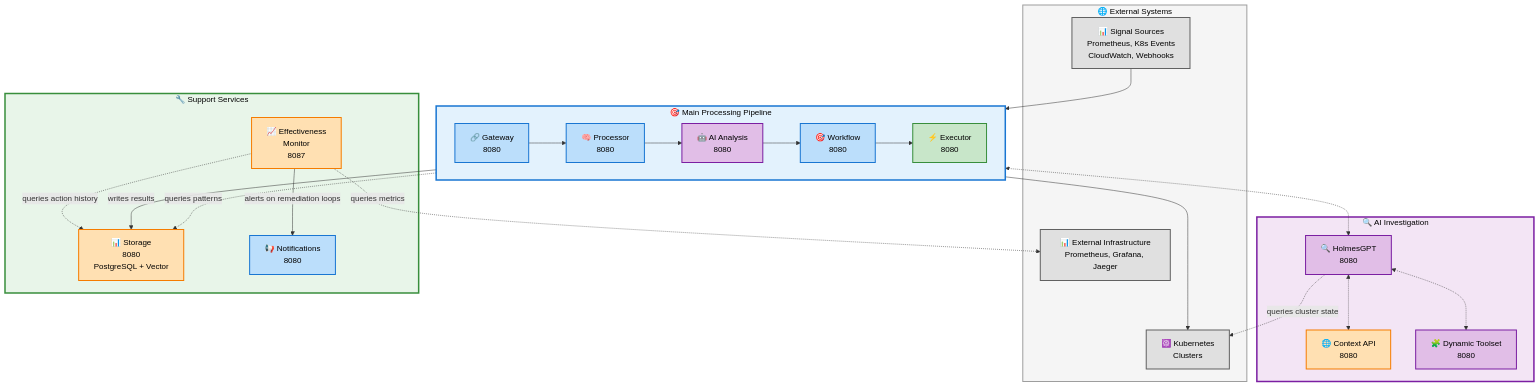
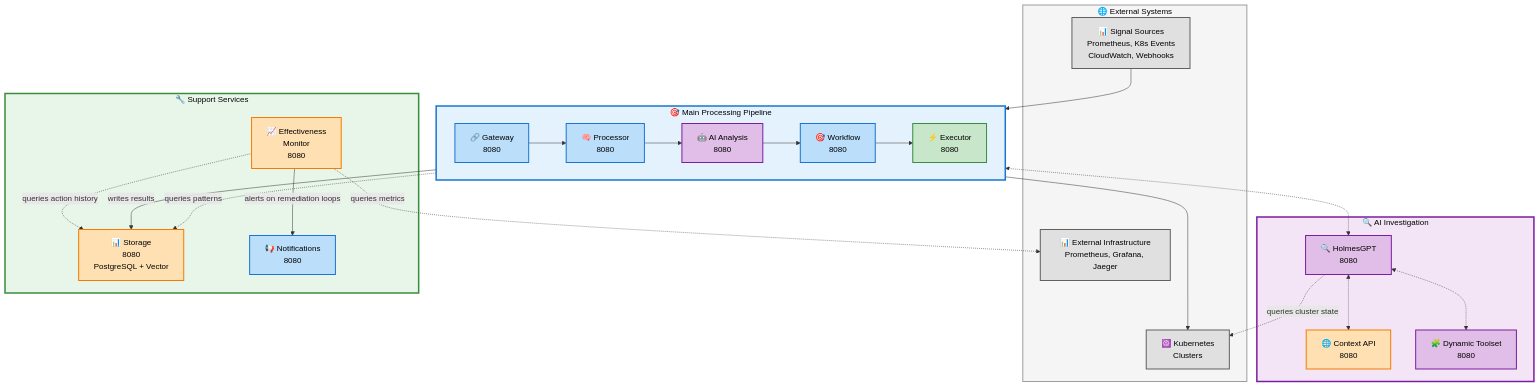
Before and after one commit to jordigilh/kubernaut: the diagram in docs/architecture/APPROVED_MICROSERVICES_ARCHITECTURE.md, drawn with Mermaid. The commit also changed other lines of this file and 58 other files, not shown here.

First line of the commit message:
fix(docs): Remove unjustified port 8087 exception for Effectiveness Monitor

````diff
--- a/docs/architecture/APPROVED_MICROSERVICES_ARCHITECTURE.md
+++ b/docs/architecture/APPROVED_MICROSERVICES_ARCHITECTURE.md
@@ -63,72 +63,72 @@
 ```mermaid
 flowchart TB
     subgraph EXTERNAL["🌐 External Systems"]
         SIG[📊 Signal Sources<br/>Prometheus, K8s Events<br/>CloudWatch, Webhooks]
         K8S[☸️ Kubernetes<br/>Clusters]
         PROM[📊 External Infrastructure<br/>Prometheus, Grafana, Jaeger]
     end
 
     subgraph MAIN["🎯 Main Processing Pipeline"]
         direction LR
         GW[🔗 Gateway<br/>8080]
         RP[🧠 Processor<br/>8080]
         AI[🤖 AI Analysis<br/>8080]
         WF[🎯 Workflow<br/>8080]
         EX[⚡ Executor<br/>8080]
     end
 
     subgraph INVESTIGATION["🔍 AI Investigation"]
         HGP[🔍 HolmesGPT<br/>8080]
         CTX[🌐 Context API<br/>8080]
         DTS[🧩 Dynamic Toolset<br/>8080]
     end
 
     subgraph SUPPORT["🔧 Support Services"]
         ST[📊 Storage<br/>8080<br/>PostgreSQL + Vector]
-        EFF[📈 Effectiveness<br/>Monitor<br/>8087]
+        EFF[📈 Effectiveness<br/>Monitor<br/>8080]
         NOT[📢 Notifications<br/>8080]
     end
 
     %% Main flow
     SIG --> GW --> RP --> AI --> WF --> EX --> K8S
 
     %% Investigation flow
     AI <-.-> HGP
     HGP <-.-> CTX
     HGP <-.-> DTS
     HGP -.->|queries cluster state| K8S
 
     %% Storage interactions
     EX -->|writes results| ST
     AI -.->|queries patterns| ST
     EFF -.->|queries action history| ST
 
     %% Effectiveness Monitor
     EFF -.->|queries metrics| PROM
 
     %% Notifications
     EFF -->|alerts on remediation loops| NOT
-    
+
     %% Note: Context API is read-only and does not trigger notifications
     %% Note: Workflow Execution notification triggers require explicit BR documentation
 
     style EXTERNAL fill:#f5f5f5,stroke:#9e9e9e,stroke-width:2px,color:#000
     style MAIN fill:#e3f2fd,stroke:#1976d2,stroke-width:3px,color:#000
     style INVESTIGATION fill:#f3e5f5,stroke:#7b1fa2,stroke-width:3px,color:#000
     style SUPPORT fill:#e8f5e9,stroke:#388e3c,stroke-width:3px,color:#000
 
     style GW fill:#bbdefb,stroke:#1976d2,stroke-width:2px,color:#000
     style RP fill:#bbdefb,stroke:#1976d2,stroke-width:2px,color:#000
     style AI fill:#e1bee7,stroke:#7b1fa2,stroke-width:2px,color:#000
     style WF fill:#bbdefb,stroke:#1976d2,stroke-width:2px,color:#000
     style EX fill:#c8e6c9,stroke:#388e3c,stroke-width:2px,color:#000
     style HGP fill:#e1bee7,stroke:#7b1fa2,stroke-width:2px,color:#000
     style CTX fill:#ffe0b2,stroke:#f57c00,stroke-width:2px,color:#000
     style DTS fill:#e1bee7,stroke:#7b1fa2,stroke-width:2px,color:#000
     style ST fill:#ffe0b2,stroke:#f57c00,stroke-width:2px,color:#000
     style EFF fill:#ffe0b2,stroke:#f57c00,stroke-width:2px,color:#000
     style NOT fill:#bbdefb,stroke:#1976d2,stroke-width:2px,color:#000
     style SIG fill:#e0e0e0,stroke:#616161,stroke-width:2px,color:#000
     style K8S fill:#e0e0e0,stroke:#616161,stroke-width:2px,color:#000
     style PROM fill:#e0e0e0,stroke:#616161,stroke-width:2px,color:#000
 ```
````
